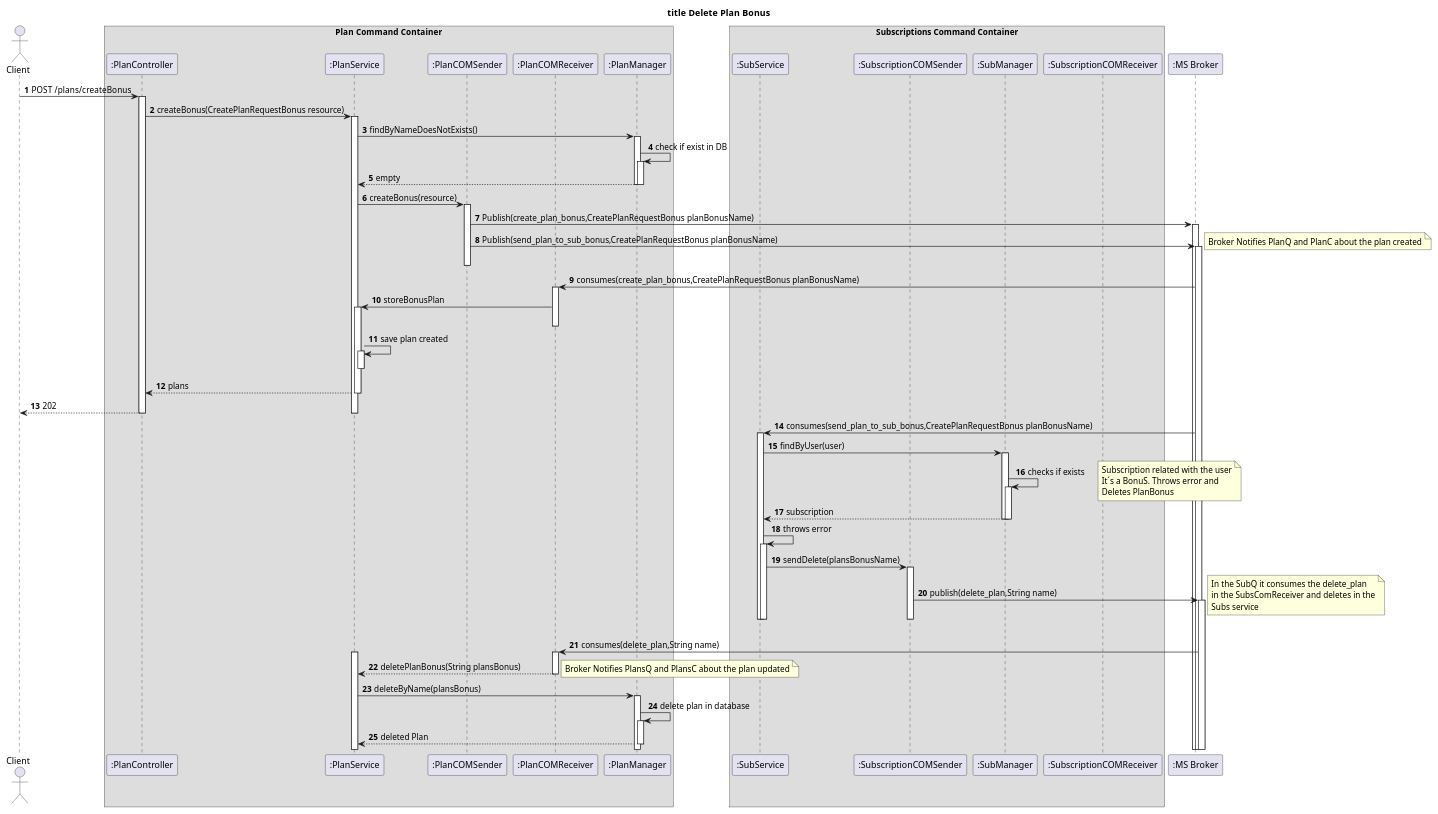
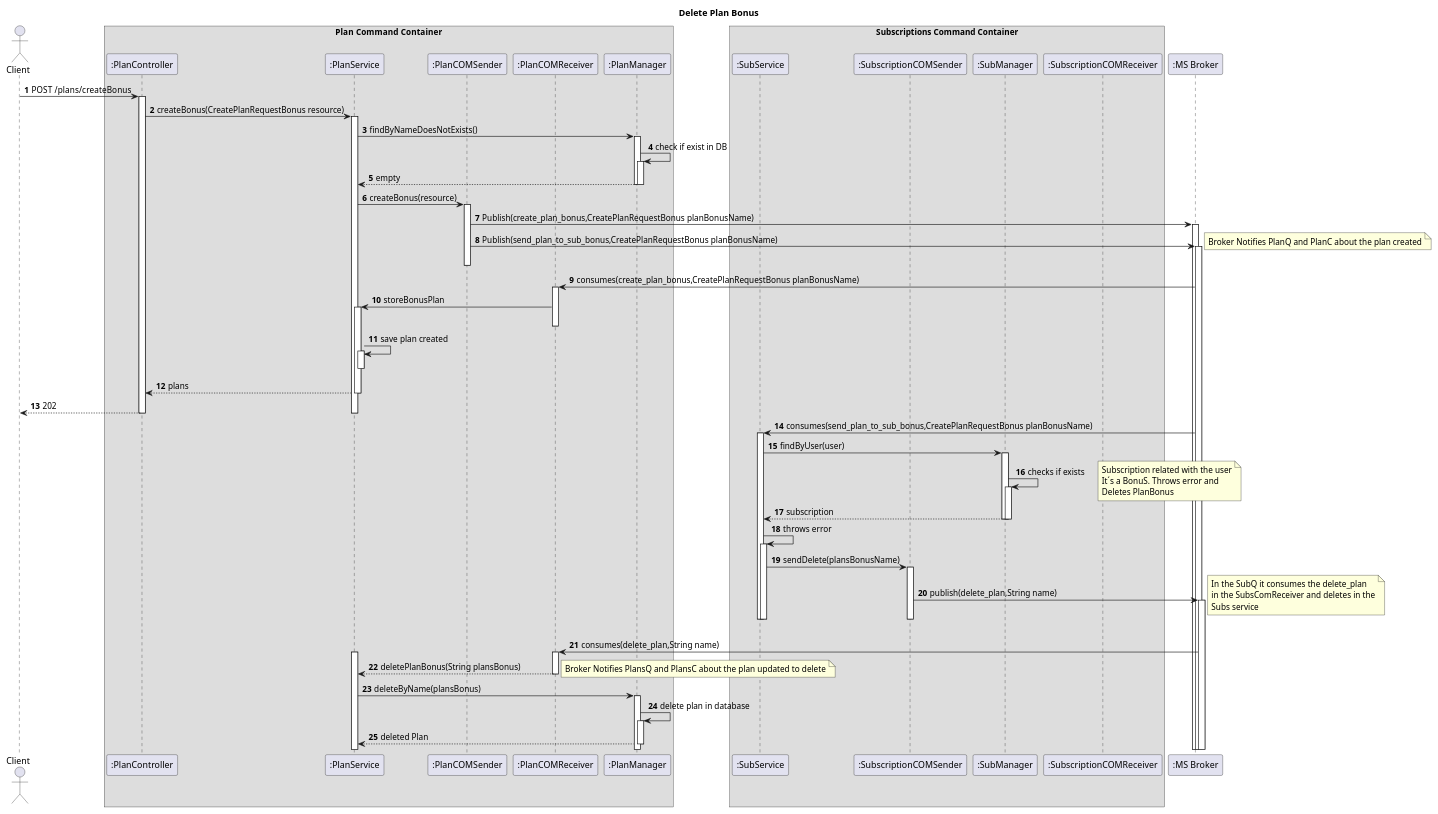
The diagram in docs_sidis/Terceira_Avaliação/Bonus/Vista_Processos/N3/DeleteToBonus.puml (IsepMartimOliveira/SIDIS), drawn with PlantUML before and after one commit. The commit also changed 10 other files, not shown here.

```diff
--- a/docs_sidis/Terceira_Avaliação/Bonus/Vista_Processos/N3/DeleteToBonus.puml
+++ b/docs_sidis/Terceira_Avaliação/Bonus/Vista_Processos/N3/DeleteToBonus.puml
@@ -1,101 +1,101 @@
 @startuml
 'https://plantuml.com/sequence-diagram
 autoactivate on
 autonumber
-title  title  Delete Plan Bonus
+title   Delete Plan Bonus
 
 autonumber
 actor "Client" as Ac
 box "Plan  Command Container"
 
 participant ":PlanController" as PlanController
 participant ":PlanService" as PService
 participant ":PlanCOMSender" as PSender
 participant ":PlanCOMReceiver" as PReceiver
 participant ":PlanManager" as PManager
 end box
 
 box "Subscriptions Command Container"
     participant ":SubService" as Service
        participant ":SubscriptionCOMSender" as SSender
 
     participant ":SubManager" as MG
     participant ":SubscriptionCOMReceiver" as SReceiver
 end box
 
 
 
 
 
 
 participant ":MS Broker" as Broker
 
 Ac->PlanController:POST  /plans/createBonus
 PlanController->PService:createBonus(CreatePlanRequestBonus resource)
 PService->PManager:findByNameDoesNotExists()
 PManager->PManager:check if exist in DB
 PManager-->PService:empty
 deactivate PManager
 PService->PSender:createBonus(resource)
 PSender->Broker:Publish(create_plan_bonus,CreatePlanRequestBonus planBonusName)
 PSender->Broker:Publish(send_plan_to_sub_bonus,CreatePlanRequestBonus planBonusName)
 
 deactivate PSender
 note right
 Broker Notifies PlanQ and PlanC about the plan created
 end note
 
 PReceiver<-Broker:consumes(create_plan_bonus,CreatePlanRequestBonus planBonusName)
 PReceiver->PService:storeBonusPlan
 deactivate PReceiver
 
 
 PService->PService:save plan created
 deactivate PService
 
 
 PService-->PlanController:plans
 
 
 PlanController-->Ac:202
 deactivate PService
 Broker->Service:consumes(send_plan_to_sub_bonus,CreatePlanRequestBonus planBonusName)
 Service->MG:findByUser(user)
 MG->MG:checks if exists
 
 note right
  Subscription related with the user
  It´s a BonuS. Throws error and
  Deletes PlanBonus
 end note
 MG-->Service:subscription
 deactivate MG
 
 Service->Service:throws error
 Service->SSender:sendDelete(plansBonusName)
 SSender->Broker:publish(delete_plan,String name)
 note right
 In the SubQ it consumes the delete_plan
 in the SubsComReceiver and deletes in the
 Subs service
 end note
 deactivate SSender
 deactivate Service
 deactivate Service
 Broker->PReceiver:consumes(delete_plan,String name)
 activate PService
 PReceiver-->PService: deletePlanBonus(String plansBonus)
 note right
-Broker Notifies PlansQ and PlansC about the plan updated
+Broker Notifies PlansQ and PlansC about the plan updated to delete
 end note
 PService->PManager:deleteByName(plansBonus)
 PManager->PManager:delete plan in database
 PManager-->PService:deleted Plan
 
 
 
 
 
 
 
 @enduml
```
